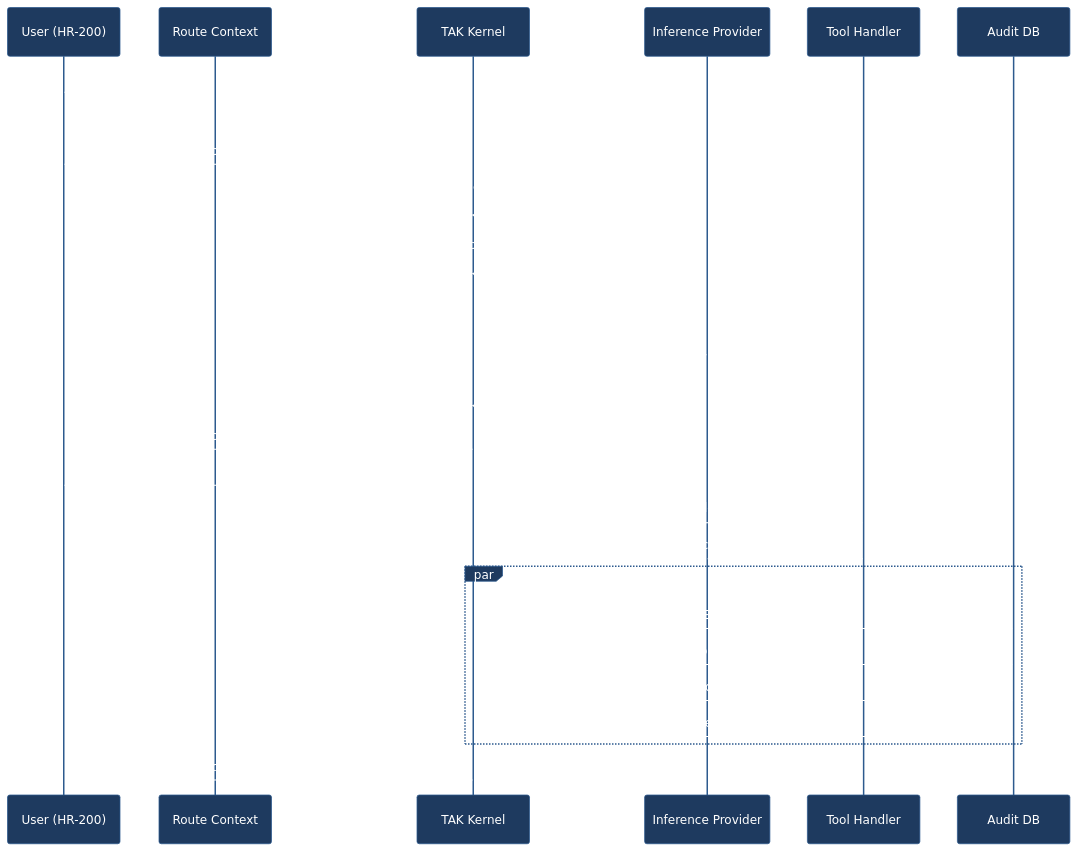
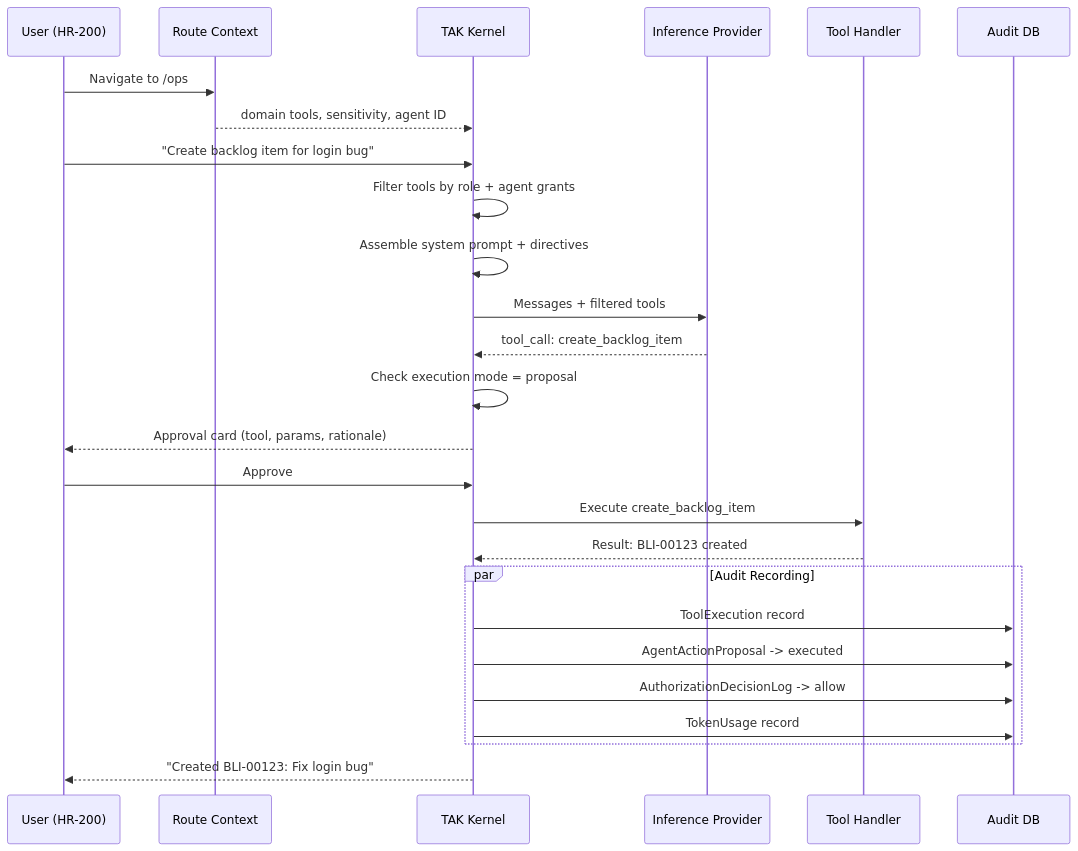
Before and after one commit to OpenDigitalProductFactory/opendigitalproductfactory: the diagram in docs/architecture/tak-diagrams/07-request-flow.mmd, drawn with Mermaid. The commit also changed 16 other files, not shown here.

First line of the commit message:
fix(diagrams): move mermaid theme to config file for VS Code preview compatibility

```diff
--- a/docs/architecture/tak-diagrams/07-request-flow.mmd
+++ b/docs/architecture/tak-diagrams/07-request-flow.mmd
@@ -1,35 +1,34 @@
-%%{init: {'theme': 'base', 'themeVariables': { 'primaryColor': '#1e3a5f', 'primaryTextColor': '#ffffff', 'primaryBorderColor': '#2d5a8e', 'lineColor': '#4a90d9', 'secondaryColor': '#2d5a8e', 'tertiaryColor': '#e8f0fe', 'fontFamily': 'Segoe UI, Arial', 'fontSize': '12px'}}}%%
 sequenceDiagram
     participant U as User (HR-200)
     participant RC as Route Context
     participant TAK as TAK Kernel
     participant AI as Inference Provider
     participant T as Tool Handler
     participant DB as Audit DB
 
     U->>RC: Navigate to /ops
     RC-->>TAK: domain tools, sensitivity, agent ID
 
     U->>TAK: "Create backlog item for login bug"
     TAK->>TAK: Filter tools by role + agent grants
     TAK->>TAK: Assemble system prompt + directives
 
     TAK->>AI: Messages + filtered tools
     AI-->>TAK: tool_call: create_backlog_item
 
     TAK->>TAK: Check execution mode = proposal
     TAK-->>U: Approval card (tool, params, rationale)
 
     U->>TAK: Approve
 
     TAK->>T: Execute create_backlog_item
     T-->>TAK: Result: BLI-00123 created
 
     par Audit Recording
         TAK->>DB: ToolExecution record
         TAK->>DB: AgentActionProposal -> executed
         TAK->>DB: AuthorizationDecisionLog -> allow
         TAK->>DB: TokenUsage record
     end
 
     TAK-->>U: "Created BLI-00123: Fix login bug"
```
